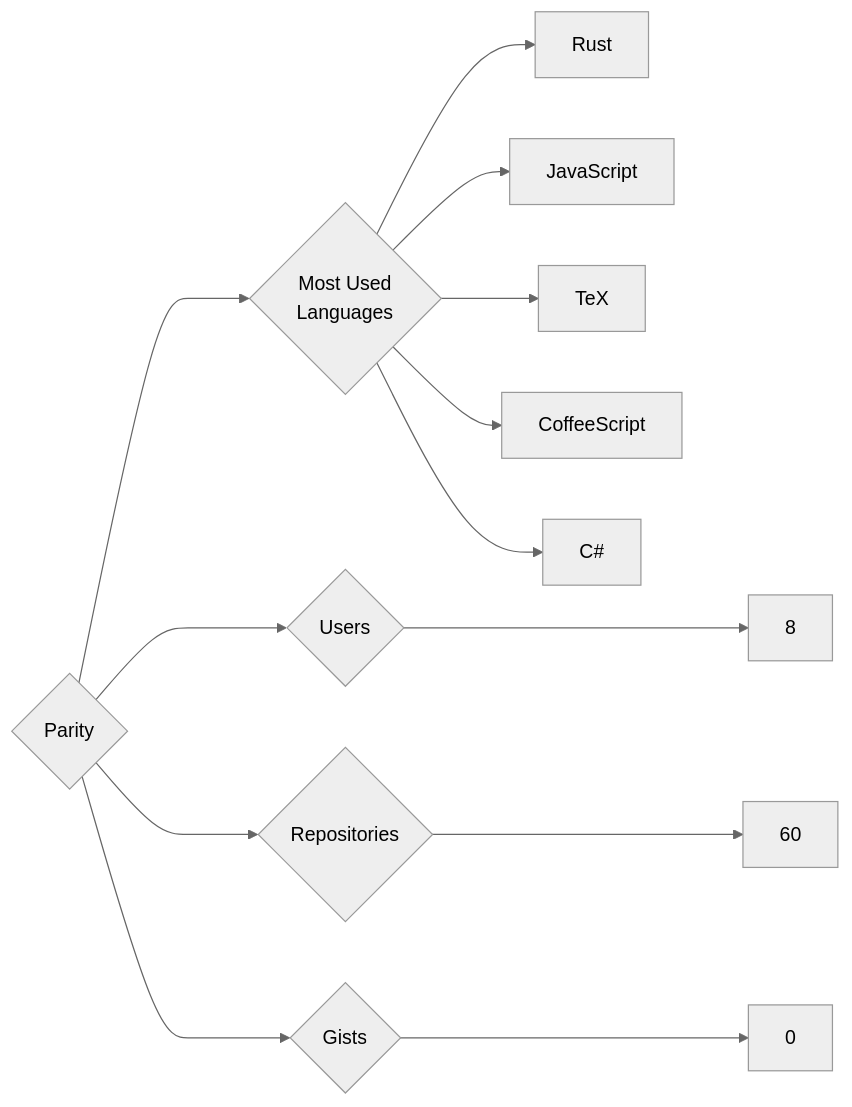
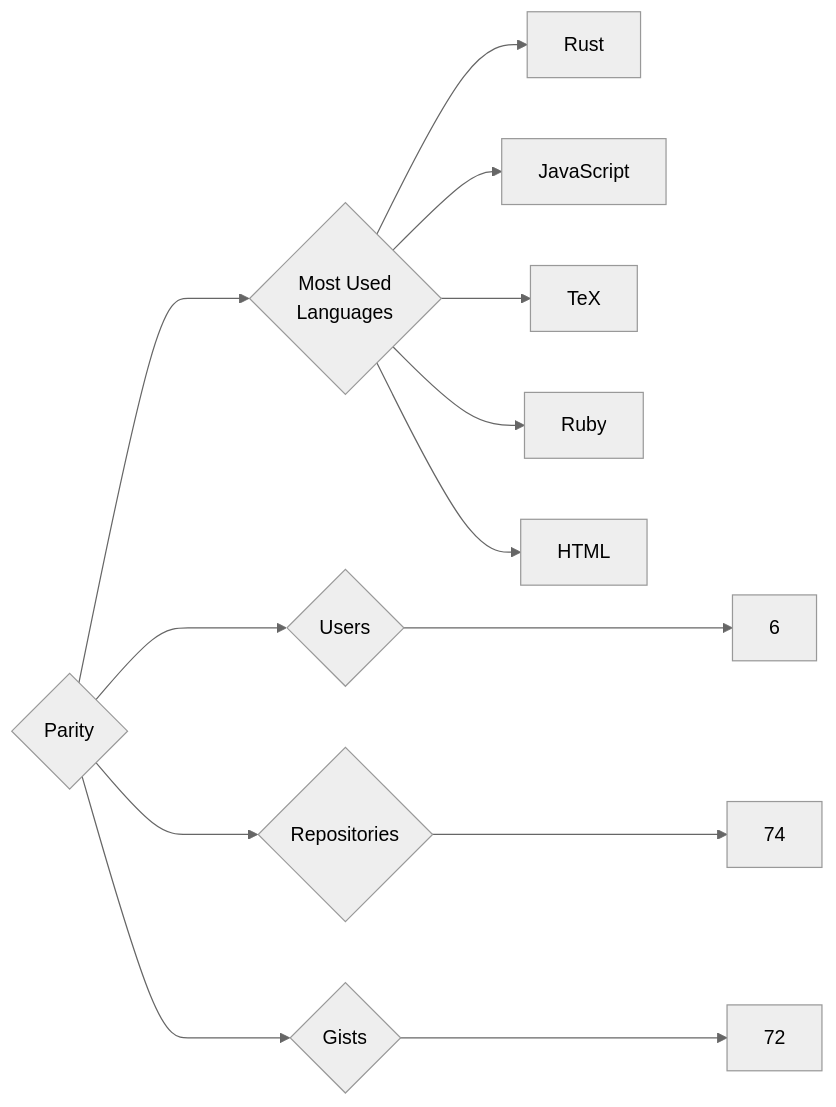
Before and after one commit to trickest/insiders: the diagram in targets/Parity/README.md, drawn with Mermaid (neutral theme). The commit also changed 997 other files, not shown here.

````diff
--- a/targets/Parity/README.md
+++ b/targets/Parity/README.md
@@ -3,13 +3,13 @@
 ```mermaid
 graph LR
 COMPANY_NAME{Parity}
-COMPANY_NAME ---> U{Users} ---> UN[8]
-COMPANY_NAME ---> R{Repositories} ---> RN[60]
-COMPANY_NAME ---> G{Gists} ---> GN[0]
+COMPANY_NAME ---> U{Users} ---> UN[6]
+COMPANY_NAME ---> R{Repositories} ---> RN[74]
+COMPANY_NAME ---> G{Gists} ---> GN[72]
 COMPANY_NAME ---> ML{Most Used<br>Languages}
-ML --> Rust
-ML --> JavaScript
-ML --> TeX
-ML --> CoffeeScript
-ML --> C#
+ML --> Rust[Rust]
+ML --> JavaScript[JavaScript]
+ML --> TeX[TeX]
+ML --> Ruby[Ruby]
+ML --> HTML[HTML]
 ```
````
